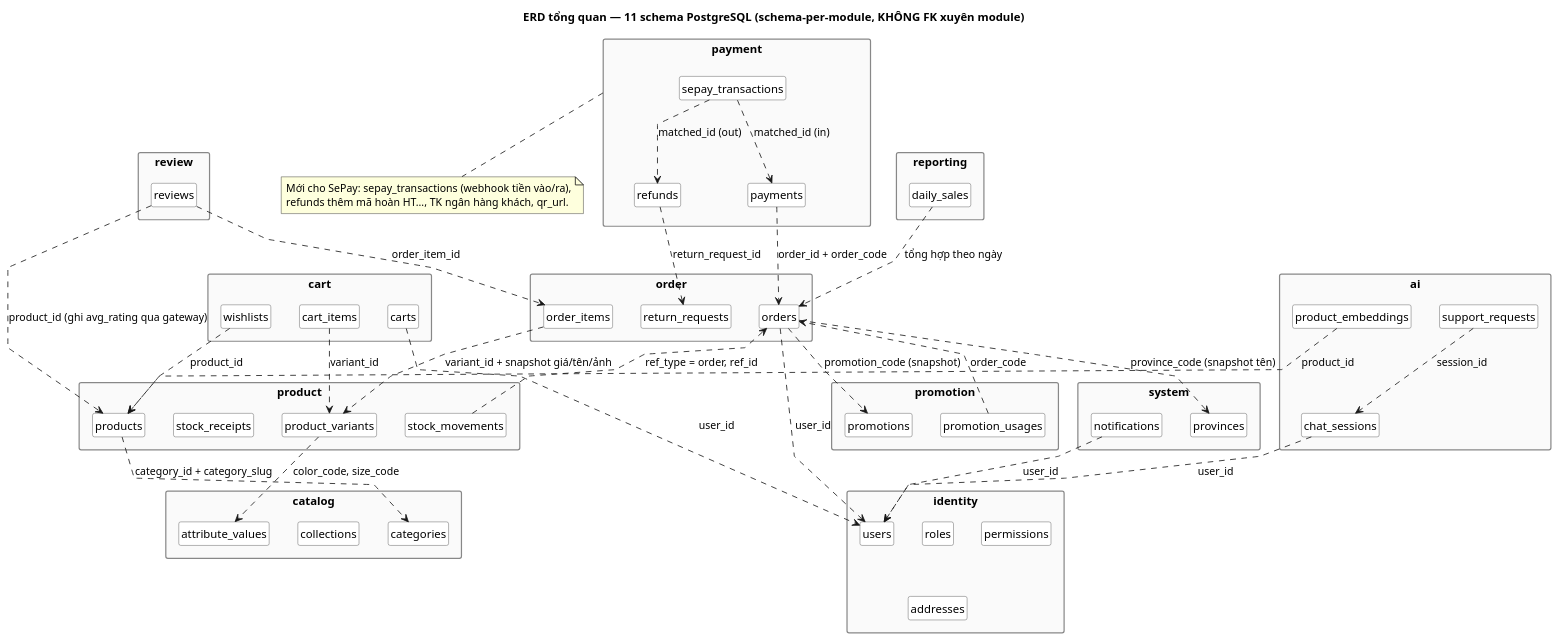
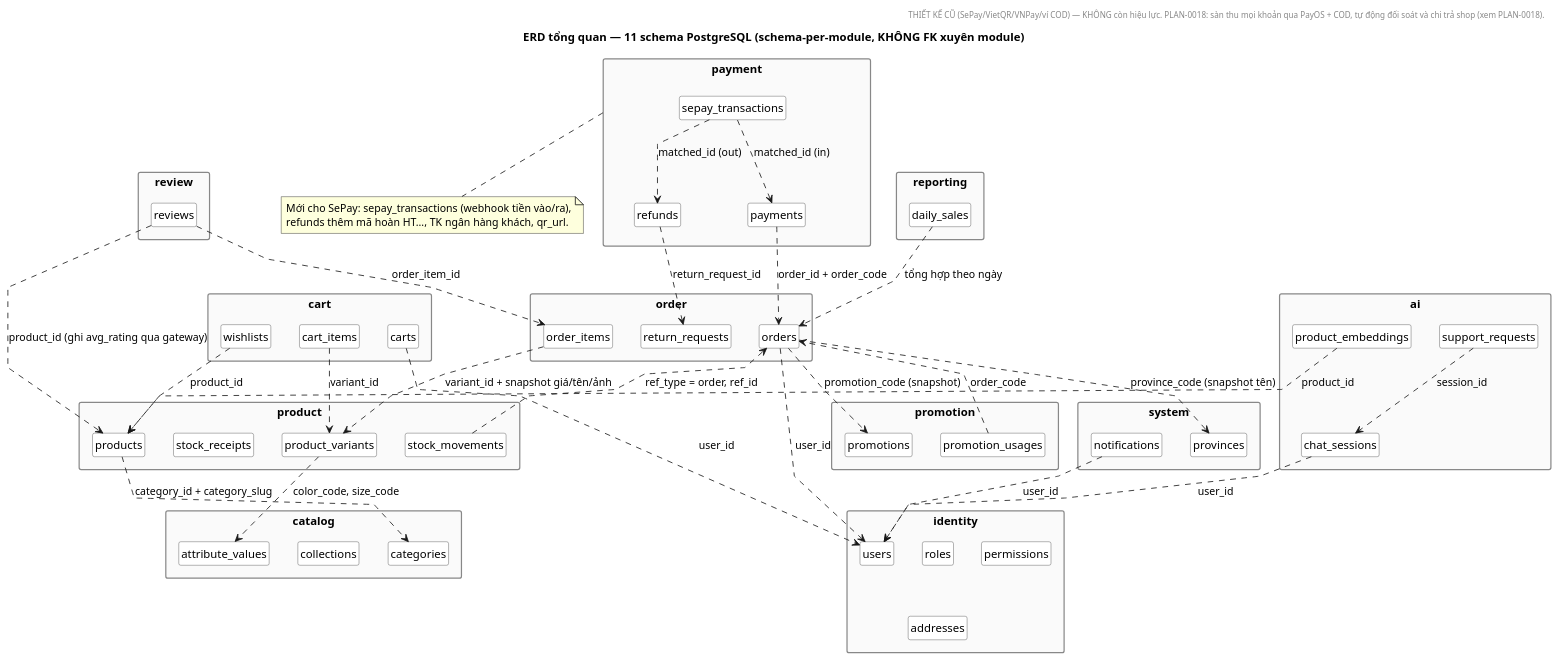
The diagram in docs/design/erd/03-erd-overview.puml (vietcachep/eco_fashion_be), drawn with PlantUML before and after one commit. The commit also changed 59 other files, not shown here.

Commit message:
docs(design): cập nhật sơ đồ ca sử dụng hệ thống (Usecase Diagrams), mô hình thiết kế và công cụ AI

```diff
--- a/docs/design/erd/03-erd-overview.puml
+++ b/docs/design/erd/03-erd-overview.puml
@@ -1,99 +1,100 @@
 @startuml 03-erd-overview
 title ERD tổng quan — 11 schema PostgreSQL (schema-per-module, KHÔNG FK xuyên module)
+header THIẾT KẾ CŨ (SePay/VietQR/VNPay/ví COD) — KHÔNG còn hiệu lực. PLAN-0018: sàn thu mọi khoản qua PayOS + COD, tự động đối soát và chi trả shop (xem PLAN-0018).
 
 skinparam linetype polyline
 skinparam shadowing false
 skinparam packageStyle rectangle
 skinparam package {
   BackgroundColor #FAFAFA
   BorderColor #888888
 }
 skinparam class {
   BackgroundColor #FFFFFF
   BorderColor #444444
 }
 hide circle
 hide empty members
 
 package "identity" as identity {
   class users
   class roles
   class permissions
   class addresses
 }
 package "catalog" as catalog {
   class categories
   class collections
   class attribute_values
 }
 package "product" as product {
   class products
   class product_variants
   class stock_receipts
   class stock_movements
 }
 package "cart" as cart {
   class carts
   class cart_items
   class wishlists
 }
 package "order" as order {
   class orders
   class order_items
   class return_requests
 }
 package "payment" as payment {
   class payments
   class refunds
   class sepay_transactions
 }
 package "promotion" as promotion {
   class promotions
   class promotion_usages
 }
 package "review" as review {
   class reviews
 }
 package "system" as system {
   class provinces
   class notifications
 }
 package "reporting" as reporting {
   class daily_sales
 }
 package "ai" as ai {
   class chat_sessions
   class support_requests
   class product_embeddings
 }
 
 ' Tham chiếu chéo module = id / code + snapshot (đường đứt), không FK.
 products ..> categories : category_id + category_slug
 product_variants ..> attribute_values : color_code, size_code
 cart_items ..> product_variants : variant_id
 carts ..> users : user_id
 wishlists ..> products : product_id
 orders ..> users : user_id
 orders ..> provinces : province_code (snapshot tên)
 order_items ..> product_variants : variant_id + snapshot giá/tên/ảnh
 stock_movements ..> orders : ref_type = order, ref_id
 payments ..> orders : order_id + order_code
 refunds ..> return_requests : return_request_id
 sepay_transactions ..> payments : matched_id (in)
 sepay_transactions ..> refunds : matched_id (out)
 promotion_usages ..> orders : order_code
 orders ..> promotions : promotion_code (snapshot)
 reviews ..> order_items : order_item_id
 reviews ..> products : product_id (ghi avg_rating qua gateway)
 notifications ..> users : user_id
 daily_sales ..> orders : tổng hợp theo ngày
 chat_sessions ..> users : user_id
 support_requests ..> chat_sessions : session_id
 product_embeddings ..> products : product_id
 
 note bottom of payment
   Mới cho SePay: sepay_transactions (webhook tiền vào/ra),
   refunds thêm mã hoàn HT…, TK ngân hàng khách, qr_url.
 end note
 
 @enduml
```
